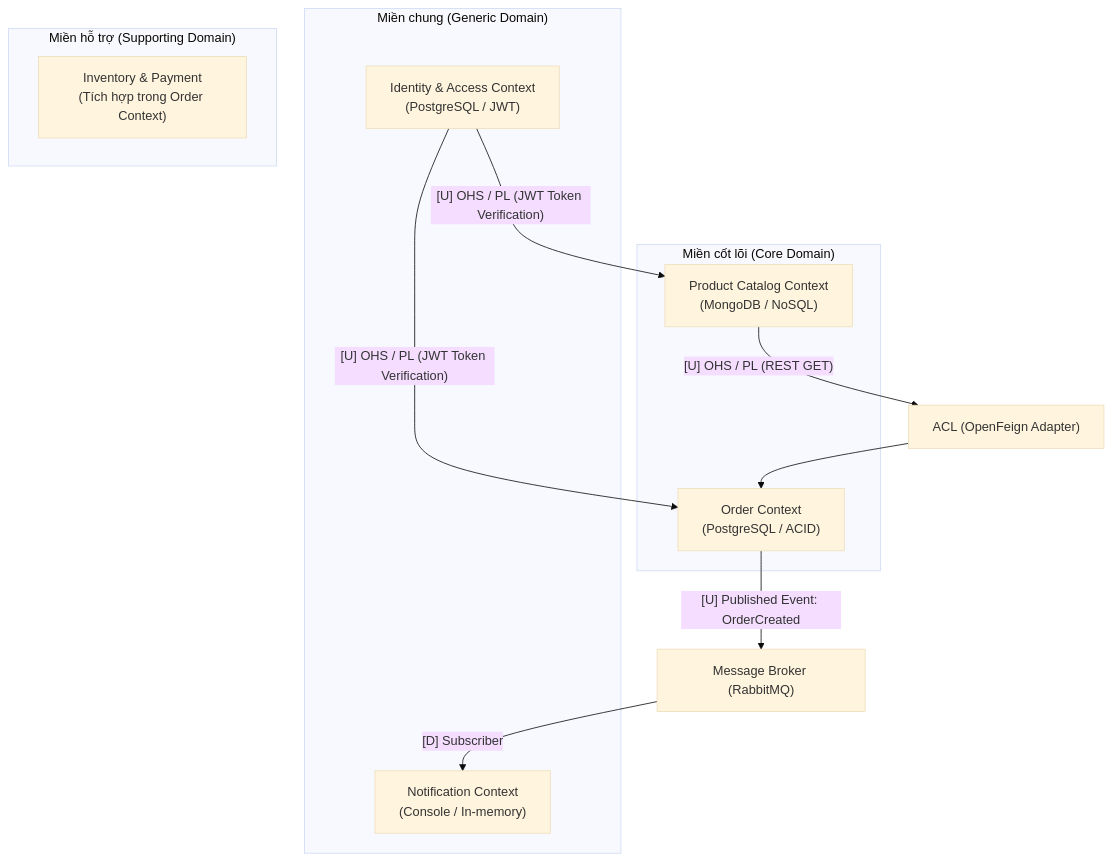
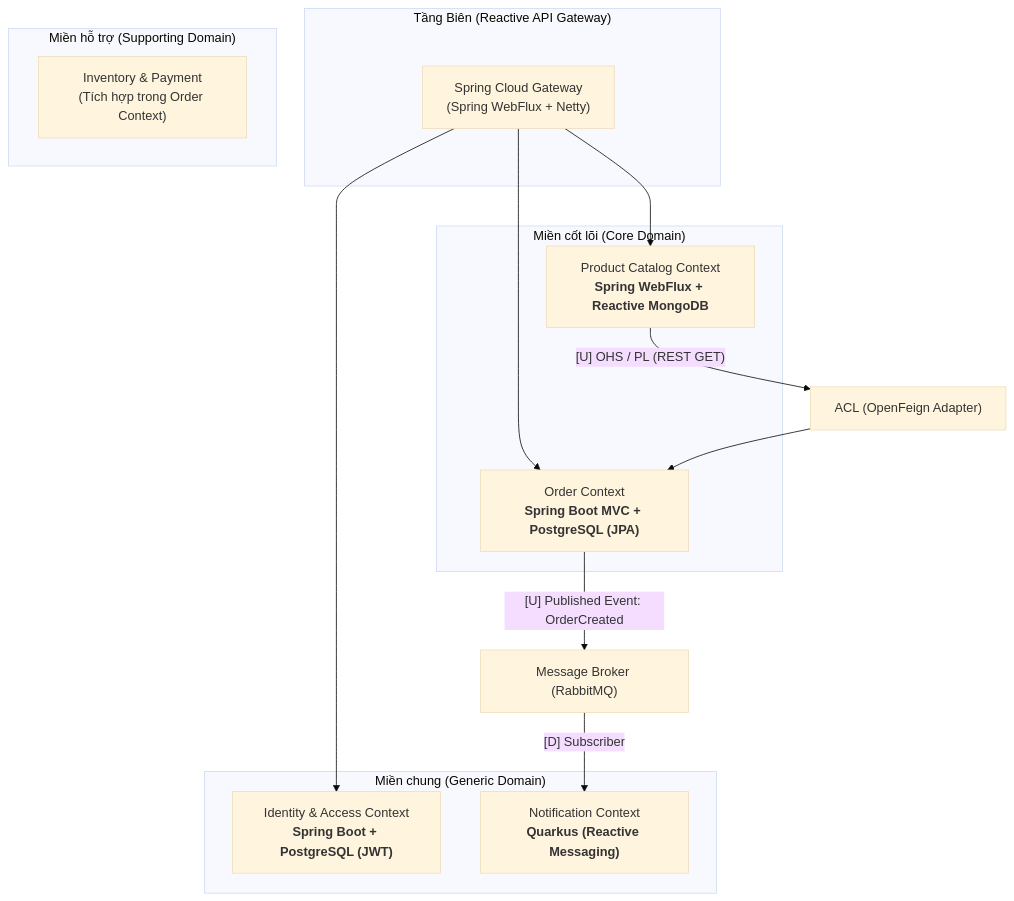
One commit to TuyenMinh-dev/tech-ecommerce changed the diagram in docs/ddd-design.md. Above: the diagram before and after it, drawn with Mermaid (base theme). The commit also changed other lines of this file, not shown here.

Commit message:
docs(ddd): complete strategic and tactical design with webflux and quarkus

````diff
--- a/docs/ddd-design.md
+++ b/docs/ddd-design.md
@@ -26,28 +32,33 @@
 ```mermaid
 flowchart TD
+    subgraph EdgeLayer ["Tầng Biên (Reactive API Gateway)"]
+        Gateway["Spring Cloud Gateway<br>(Spring WebFlux + Netty)"]
+    end
+
     subgraph Core ["Miền cốt lõi (Core Domain)"]
-        CatalogContext["Product Catalog Context<br>(MongoDB / NoSQL)"]
-        OrderContext["Order Context<br>(PostgreSQL / ACID)"]
+        CatalogContext["Product Catalog Context<br><b>Spring WebFlux + Reactive MongoDB</b>"]
+        OrderContext["Order Context<br><b>Spring Boot MVC + PostgreSQL (JPA)</b>"]
     end
 
     subgraph Generic ["Miền chung (Generic Domain)"]
-        AuthContext["Identity & Access Context<br>(PostgreSQL / JWT)"]
-        NotificationContext["Notification Context<br>(Console / In-memory)"]
+        AuthContext["Identity & Access Context<br><b>Spring Boot + PostgreSQL (JWT)</b>"]
+        NotificationContext["Notification Context<br><b>Quarkus (Reactive Messaging)</b>"]
     end
 
     subgraph Supporting ["Miền hỗ trợ (Supporting Domain)"]
         InventoryPayment["Inventory & Payment<br>(Tích hợp trong Order Context)"]
     end
 
+    %% Client gọi vào Gateway
+    Gateway --> AuthContext
+    Gateway --> CatalogContext
+    Gateway --> OrderContext
+
     %% Giao tiếp đồng bộ REST (Upstream -> Downstream qua ACL)
     CatalogContext -- "[U] OHS / PL (REST GET)" --> OrderACL["ACL (OpenFeign Adapter)"]
     OrderACL --> OrderContext
-
-    %% Xác thực JWT từ API Gateway / Auth
-    AuthContext -- "[U] OHS / PL (JWT Token Verification)" --> OrderContext
-    AuthContext -- "[U] OHS / PL (JWT Token Verification)" --> CatalogContext
 
     %% Giao tiếp bất đồng bộ qua Domain Events
     OrderContext -- "[U] Published Event: OrderCreated" --> RabbitMQ["Message Broker (RabbitMQ)"]
     RabbitMQ -- "[D] Subscriber" --> NotificationContext
 ```
````
